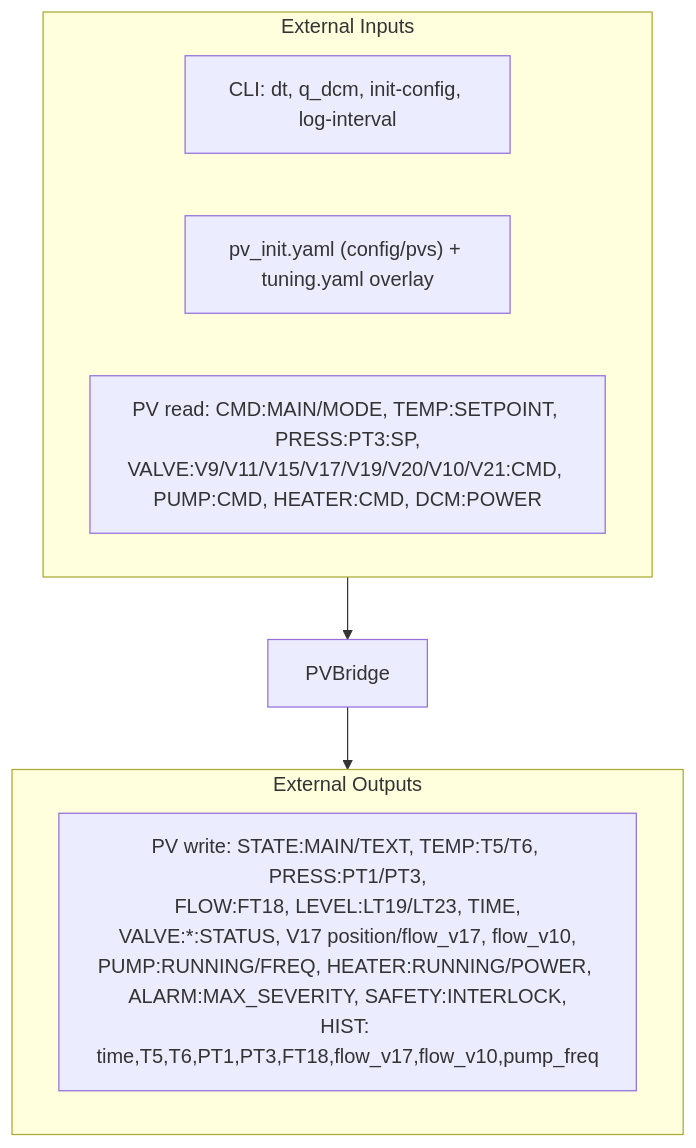
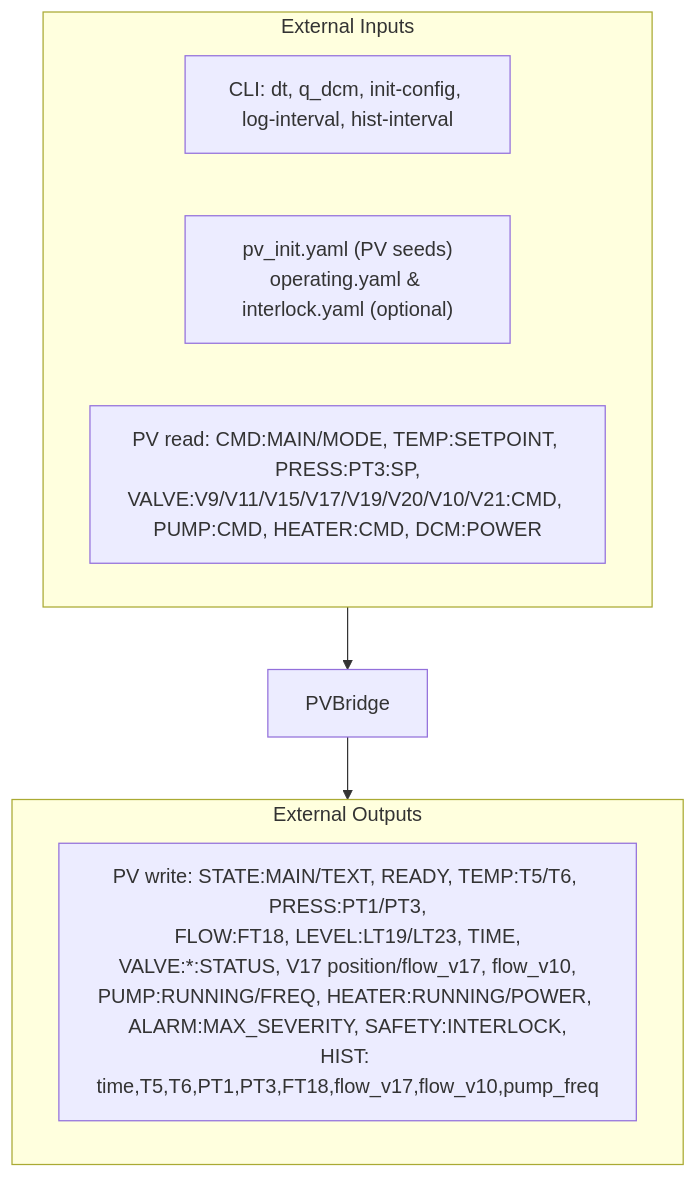
The diagram in docs/mermaid/pv_bridge_overview_io.mmd (verysys-pal/DCM_CCV2), drawn with Mermaid before and after one commit. The commit also changed 15 other files, not shown here.

```diff
--- a/docs/mermaid/pv_bridge_overview_io.mmd
+++ b/docs/mermaid/pv_bridge_overview_io.mmd
@@ -1,16 +1,16 @@
-%% PV Bridge — External I/O (separate file)
+%% PV Bridge — 외부 입출력 (별도 파일)
 
 flowchart TB
   subgraph Inputs[External Inputs]
-    CLI["CLI: dt, q_dcm, init-config, log-interval"]
-    YAML["pv_init.yaml (config/pvs) + tuning.yaml overlay"]
+    CLI["CLI: dt, q_dcm, init-config, log-interval, hist-interval"]
+    YAML["pv_init.yaml (PV seeds)<br/>operating.yaml & interlock.yaml (optional)"]
     PVIN["PV read: CMD:MAIN/MODE, TEMP:SETPOINT, PRESS:PT3:SP,<br/>VALVE:V9/V11/V15/V17/V19/V20/V10/V21:CMD, PUMP:CMD, HEATER:CMD, DCM:POWER"]
   end
   subgraph Outputs[External Outputs]
-    PVOUT["PV write: STATE:MAIN/TEXT, TEMP:T5/T6, PRESS:PT1/PT3,<br/>FLOW:FT18, LEVEL:LT19/LT23, TIME,<br/>VALVE:*:STATUS, V17 position/flow_v17, flow_v10,<br/>PUMP:RUNNING/FREQ, HEATER:RUNNING/POWER, ALARM:MAX_SEVERITY, SAFETY:INTERLOCK,<br/>HIST: time,T5,T6,PT1,PT3,FT18,flow_v17,flow_v10,pump_freq"]
+    PVOUT["PV write: STATE:MAIN/TEXT, READY, TEMP:T5/T6, PRESS:PT1/PT3,<br/>FLOW:FT18, LEVEL:LT19/LT23, TIME,<br/>VALVE:*:STATUS, V17 position/flow_v17, flow_v10,<br/>PUMP:RUNNING/FREQ, HEATER:RUNNING/POWER, ALARM:MAX_SEVERITY, SAFETY:INTERLOCK,<br/>HIST: time,T5,T6,PT1,PT3,FT18,flow_v17,flow_v10,pump_freq"]
   end
   Inputs --> Bridge[PVBridge]
   Bridge --> Outputs
 
-  %% Cross link back to overall data flow
+  %% data_flow.mmd로 이동하는 하이퍼링크
   click Bridge "data_flow.mmd" "Open: Overall data flow"
```
